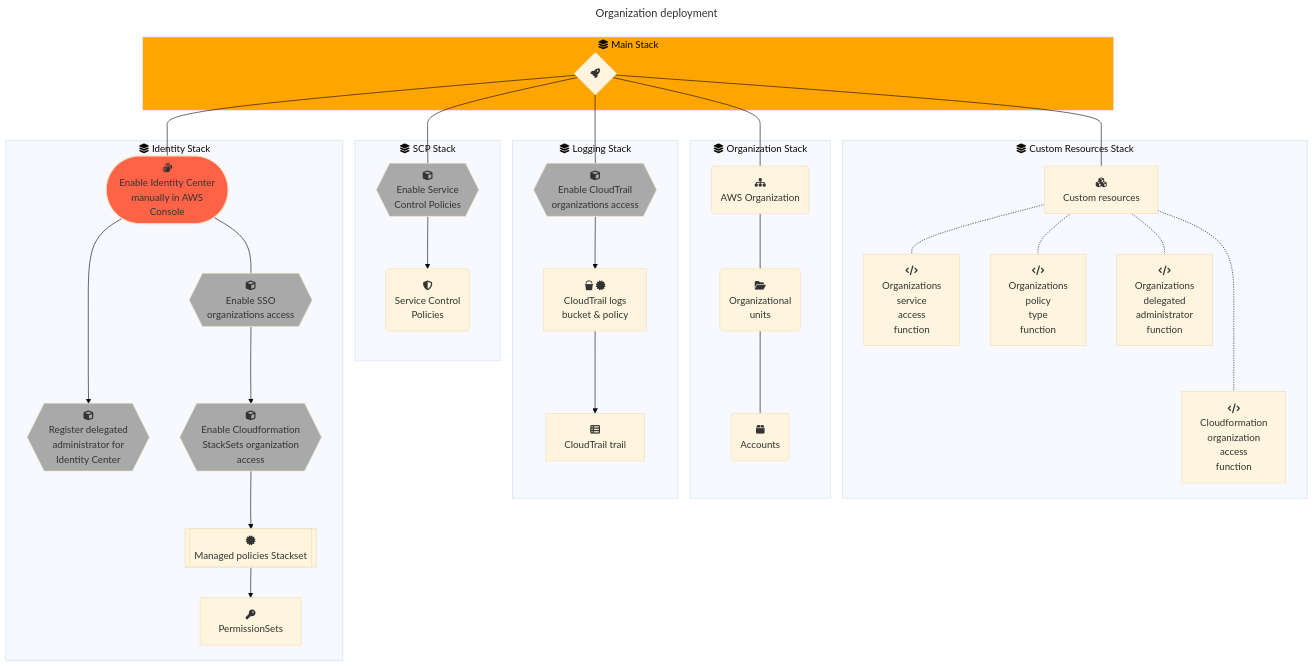
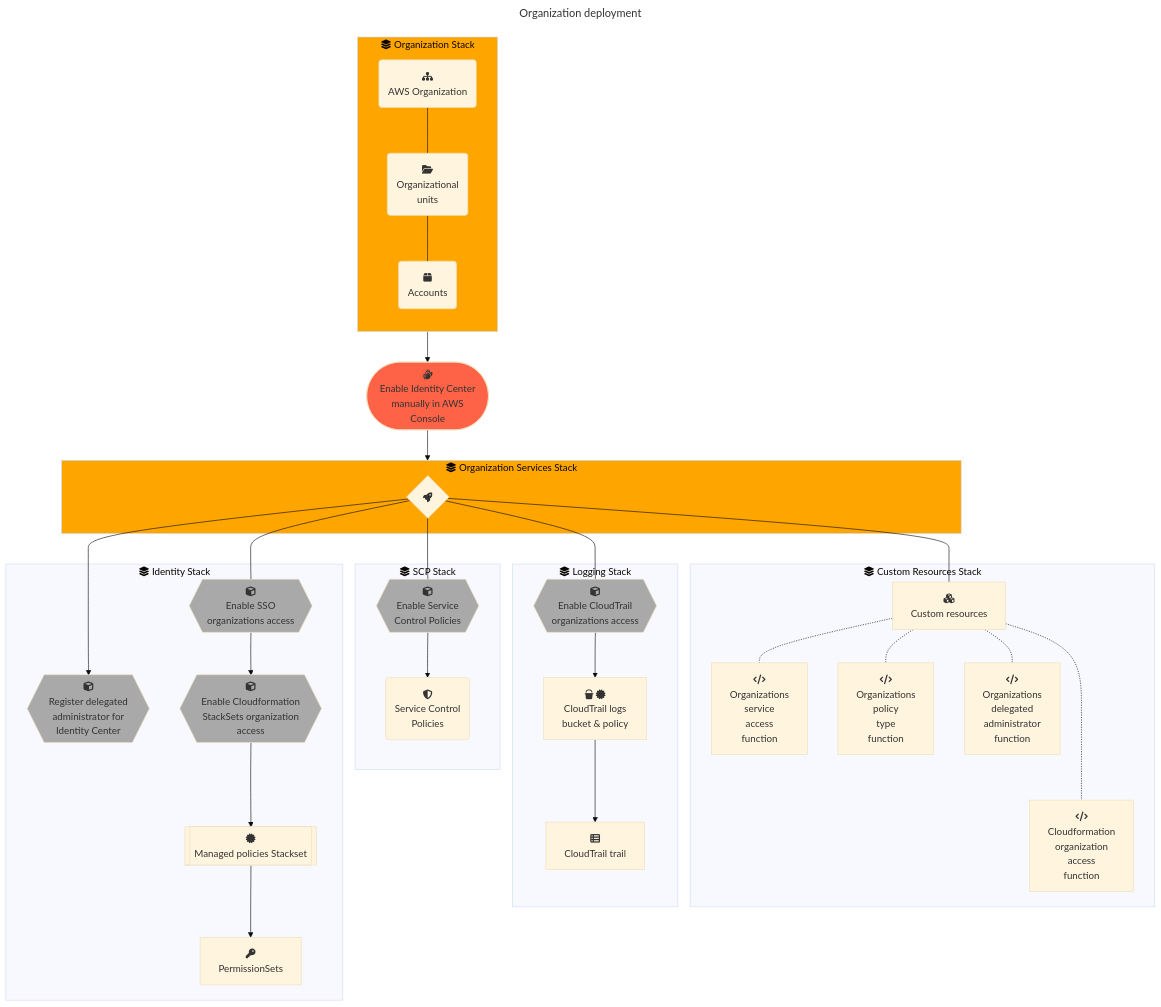
The second of 2 diagrams in README.md (moonline/Lab.AWS.Organizations), drawn with Mermaid (base theme) before and after one commit. The commit also changed other lines of this file and 33 other files, not shown here.

Commit message:
Split organization and organization services into separate templates

````diff
--- a/README.md
+++ b/README.md
@@ -39,52 +39,62 @@
 ```mermaid
 ---
 title: Organization deployment
 ---
 flowchart TB
-    subgraph mainStack ["fa:fa-layer-group Main Stack"]
-        style mainStack fill:orange
+    subgraph organizationStack ["fa:fa-layer-group Organization Stack"]
+        style organizationStack fill:orange
+        direction TB
 
-        org{fa:fa-rocket}
+        organization(fa:fa-sitemap\nAWS Organization)
+            organization --- organizationalUnits("fa:fa-folder-open\nOrganizational\nunits")
+                organizationalUnits --- accounts("fa:fa-box\nAccounts")
     end
 
+    organizationStack --> enableIdentityCenter(["fa:fa-hands\nEnable Identity Center\nmanually in AWS\nConsole"])
+        style enableIdentityCenter fill:tomato
+
+    subgraph organizationServicesStack ["fa:fa-layer-group Organization Services Stack"]
+        style organizationServicesStack fill:orange
+
+        orgServicesDeployment{fa:fa-rocket}
+    end
+
+    enableIdentityCenter --> organizationServicesStack
+
     subgraph customResourcesStack ["fa:fa-layer-group Custom Resources Stack"]
-        org --- customResources[fa:fa-cubes\nCustom resources]
+        orgServicesDeployment --- customResources[fa:fa-cubes\nCustom resources]
             customResources -.- organizationsServiceAccess[fa:fa-code\nOrganizations\nservice\naccess\nfunction]
             customResources -.- organizationsPolicyType[fa:fa-code\nOrganizations\npolicy\ntype\nfunction]
             customResources -.- organizationsDelegatedAdministrator[fa:fa-code\nOrganizations\ndelegated\nadministrator\nfunction]
             customResources -..- cloudFormationOrganizationAccess[fa:fa-code\nCloudformation\norganization\naccess\nfunction]
     end
 
-    subgraph organizationStack ["fa:fa-layer-group Organization Stack"]
-        organization(fa:fa-sitemap\nAWS Organization)
-            org --- organization
-            organization --- organizationalUnits("fa:fa-folder-open\nOrganizational\nunits")
-                organizationalUnits --- accounts("fa:fa-box\nAccounts")
-    end
+    subgraph serviceControlPoliciesStack ["fa:fa-layer-group SCP Stack"]
+        orgServicesDeployment --- enableSCPs{{fa:fa-cube\nEnable Service\nControl Policies}}
+            style enableSCPs fill:darkgrey
 
-    subgraph serviceControlPoliciesStack ["fa:fa-layer-group SCP Stack"]
-        org --- enableSCPs{{fa:fa-cube\nEnable Service\nControl Policies}}
-            style enableSCPs fill:darkgrey
             enableSCPs --> scps(fa:fa-shield-halved\nService Control\nPolicies)
     end
 
     subgraph loggingStack ["fa:fa-layer-group Logging Stack"]
-        org --- enableCloudTrail{{fa:fa-cube\nEnable CloudTrail\norganizations access}}
+        orgServicesDeployment --- enableCloudTrail{{fa:fa-cube\nEnable CloudTrail\norganizations access}}
             enableCloudTrail --> cloudTrailBucket[fa:fa-bucket fa:fa-certificate\nCloudTrail logs\nbucket & policy]
                 style enableCloudTrail fill:darkgrey
+
                 cloudTrailBucket --> cloudTrail[fa:fa-table-list\nCloudTrail trail]
     end
 
     subgraph identityStack ["fa:fa-layer-group Identity Stack"]
-        org --- enableIdentityCenter(["fa:fa-hands\nEnable Identity Center\nmanually in AWS\nConsole"])
-            style enableIdentityCenter fill:tomato
-            enableIdentityCenter --- enableSSO{{fa:fa-cube\nEnable SSO\norganizations access}}
-                style enableSSO fill:darkgrey
-                enableIdentityCenter ---> registerDelegatedAdmin{{fa:fa-cube\nRegister delegated\nadministrator for\nIdentity Center}}
-                    style registerDelegatedAdmin fill:darkgrey
-                enableSSO --> enableCloudformation{{fa:fa-cube\nEnable Cloudformation\nStackSets organization\naccess}}
-                    style enableCloudformation fill:darkgrey
-                    enableCloudformation --> managedPolicies[[fa:fa-certificate\nManaged policies Stackset]]
-                        managedPolicies --> permissionSets[fa:fa-key\nPermissionSets]
+        orgServicesDeployment --- enableSSO{{fa:fa-cube\nEnable SSO\norganizations access}}
+            style enableSSO fill:darkgrey
+
+        orgServicesDeployment ---> registerDelegatedAdmin{{fa:fa-cube\nRegister delegated\nadministrator for\nIdentity Center}}
+            style registerDelegatedAdmin fill:darkgrey
+
+            enableSSO --> enableCloudformation{{fa:fa-cube\nEnable Cloudformation\nStackSets organization\naccess}}
+                style enableCloudformation fill:darkgrey
+
+                enableCloudformation --> managedPolicies[[fa:fa-certificate\nManaged policies Stackset]]
+                    managedPolicies --> permissionSets[fa:fa-key\nPermissionSets]
     end
 ```
````
